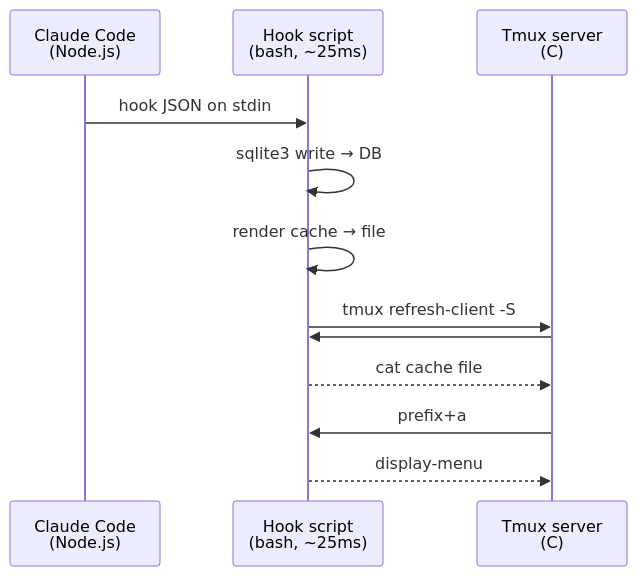
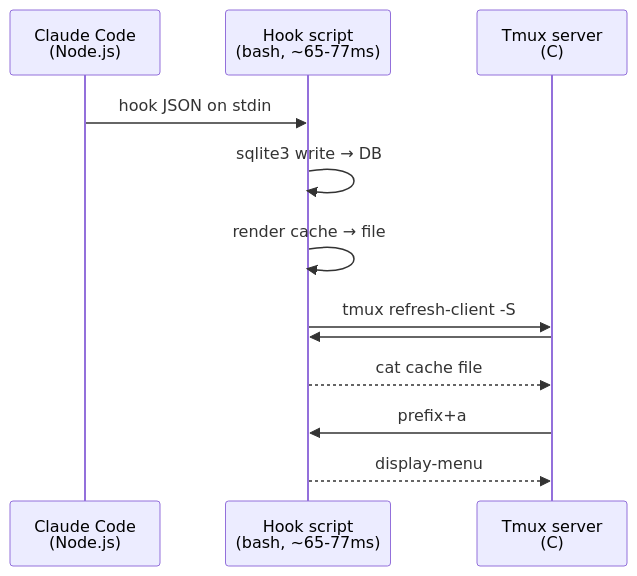
One commit to KakkoiDev/tmux-claude-agent-tracker changed the first of 2 diagrams in ARCHITECTURE.md. Above: the diagram before and after it, drawn with Mermaid. The commit also changed other lines of this file, not shown here.

Commit message:
Document hook performance, hot path optimizations, and asymmetric latency

````diff
--- a/ARCHITECTURE.md
+++ b/ARCHITECTURE.md
@@ -5,16 +5,16 @@
 ```mermaid
 sequenceDiagram
     participant C as Claude Code<br/>(Node.js)
-    participant H as Hook script<br/>(bash, ~25ms)
+    participant H as Hook script<br/>(bash, ~65-77ms)
     participant T as Tmux server<br/>(C)
 
     C->>H: hook JSON on stdin
     H->>H: sqlite3 write → DB
     H->>H: render cache → file
     H->>T: tmux refresh-client -S
 
     T->>H: #(status-bar)
     H-->>T: cat cache file
     T->>H: prefix+a
     H-->>T: display-menu
 ```
````
